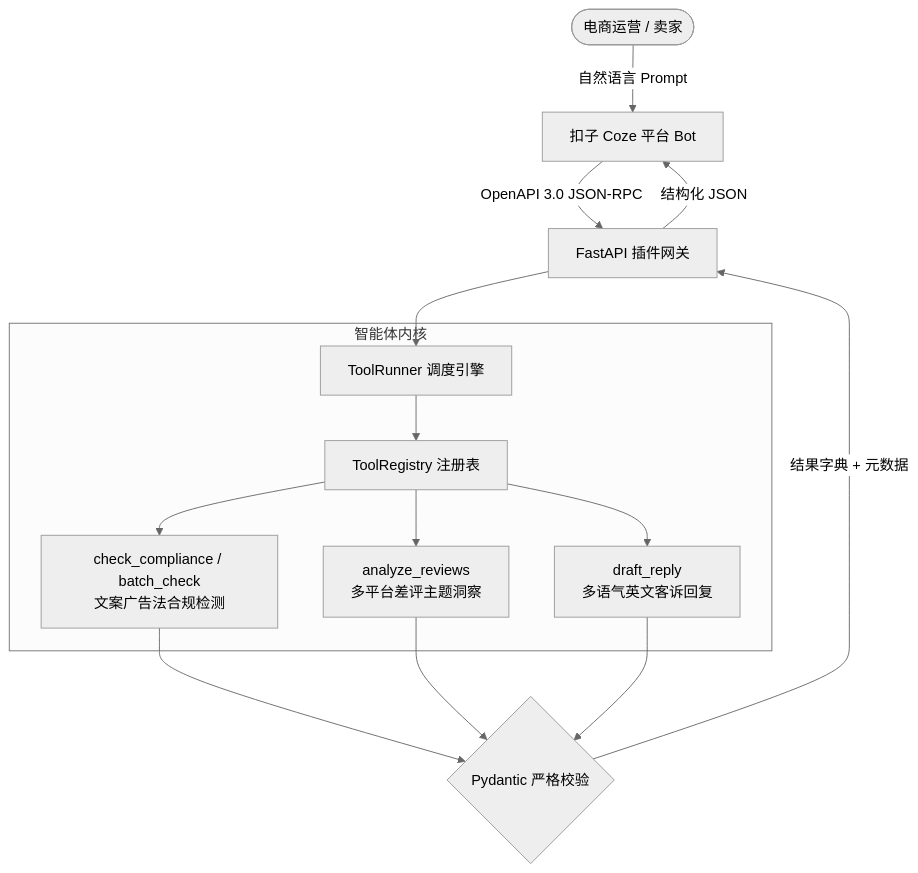
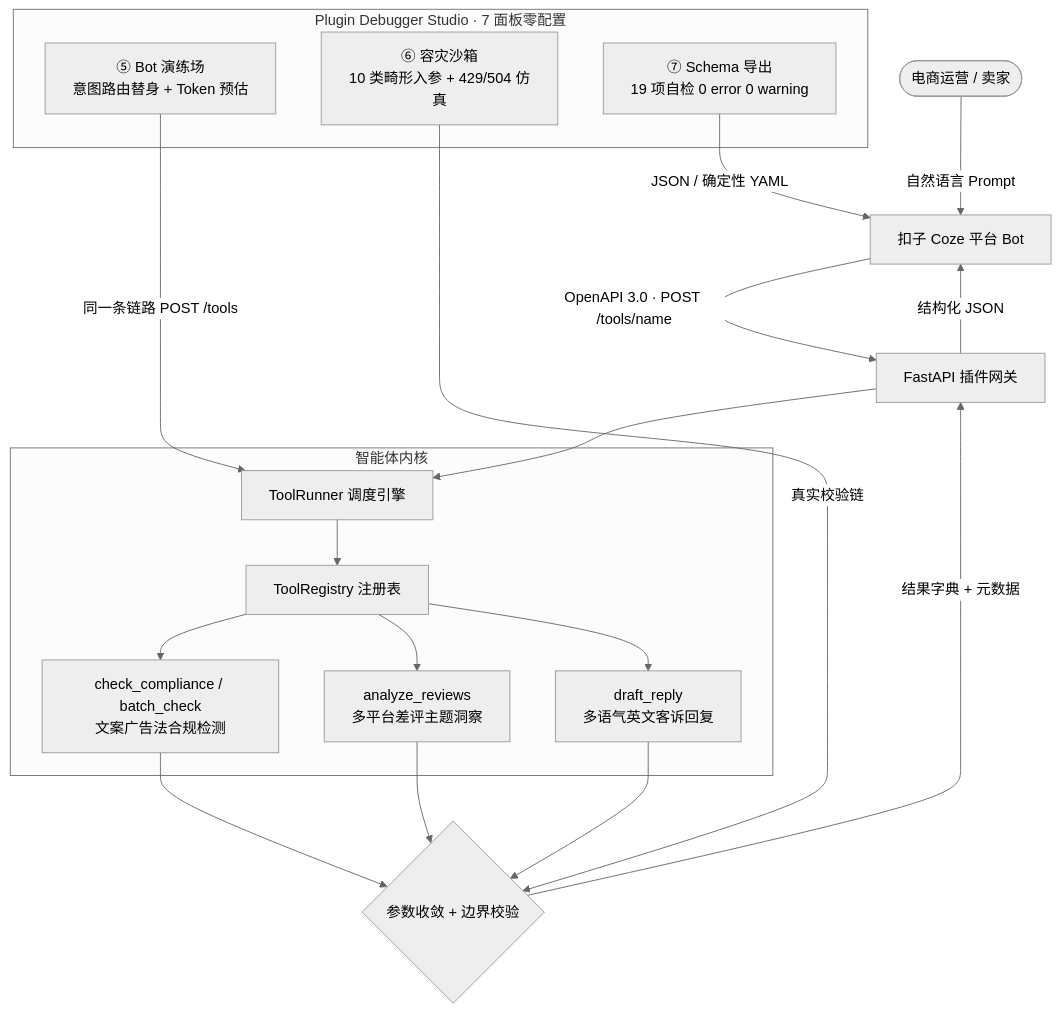
The diagram in 01_coze-skills-agent/docs/SUBMISSION.md (Alphaxiaoteng/minimax-abab-drama), drawn with Mermaid (neutral theme) before and after one commit. The commit also changed other lines of this file and 22 other files, not shown here.

Commit message:
feat(coze-skills): bot playground intent router, chaos injection & 0-error openapi audit (Exit 0)

````diff
--- a/01_coze-skills-agent/docs/SUBMISSION.md
+++ b/01_coze-skills-agent/docs/SUBMISSION.md
@@ -22,20 +24,30 @@
 ```mermaid
 flowchart TD
     User([电商运营 / 卖家]) -->|自然语言 Prompt| CozeBot[扣子 Coze 平台 Bot]
-    CozeBot -->|OpenAPI 3.0 JSON-RPC| Gateway[FastAPI 插件网关]
+    CozeBot -->|OpenAPI 3.0 · POST /tools/name| Gateway[FastAPI 插件网关]
     Gateway --> Runner[ToolRunner 调度引擎]
     
     subgraph Core [智能体内核]
         Runner --> Registry[ToolRegistry 注册表]
         Registry --> Compliance[check_compliance / batch_check<br/>文案广告法合规检测]
         Registry --> Insight[analyze_reviews<br/>多平台差评主题洞察]
         Registry --> Reply[draft_reply<br/>多语气英文客诉回复]
     end
     
-    Compliance --> SchemaValid{Pydantic 严格校验}
+    Compliance --> SchemaValid{参数收敛 + 边界校验}
     Insight --> SchemaValid
     Reply --> SchemaValid
     
     SchemaValid -->|结果字典 + 元数据| Gateway
     Gateway -->|结构化 JSON| CozeBot
+
+    subgraph Studio [Plugin Debugger Studio · 7 面板零配置]
+        BotSim[⑤ Bot 演练场<br/>意图路由替身 + Token 预估]
+        Chaos[⑥ 容灾沙箱<br/>10 类畸形入参 + 429/504 仿真]
+        Delivery[⑦ Schema 导出<br/>19 项自检 0 error 0 warning]
+    end
+
+    BotSim -->|同一条链路 POST /tools| Runner
+    Chaos -->|真实校验链| SchemaValid
+    Delivery -->|JSON / 确定性 YAML| CozeBot
 ```
````
